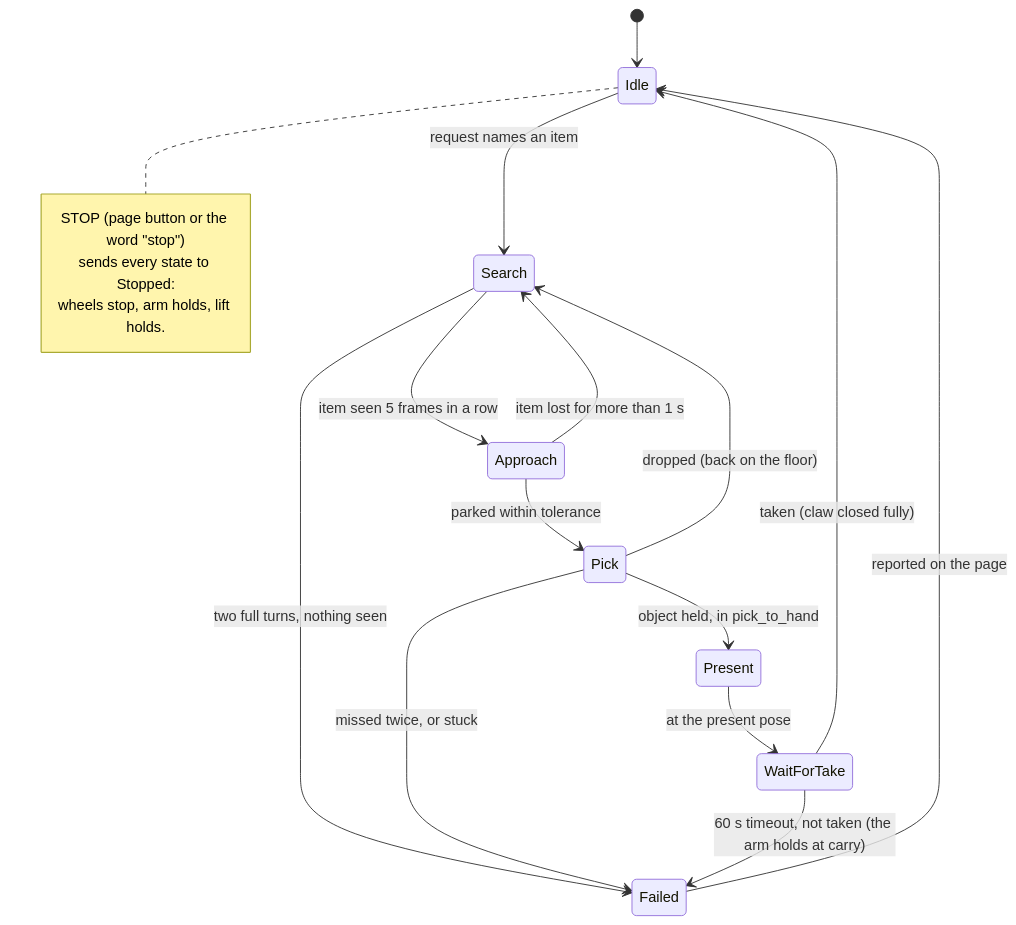
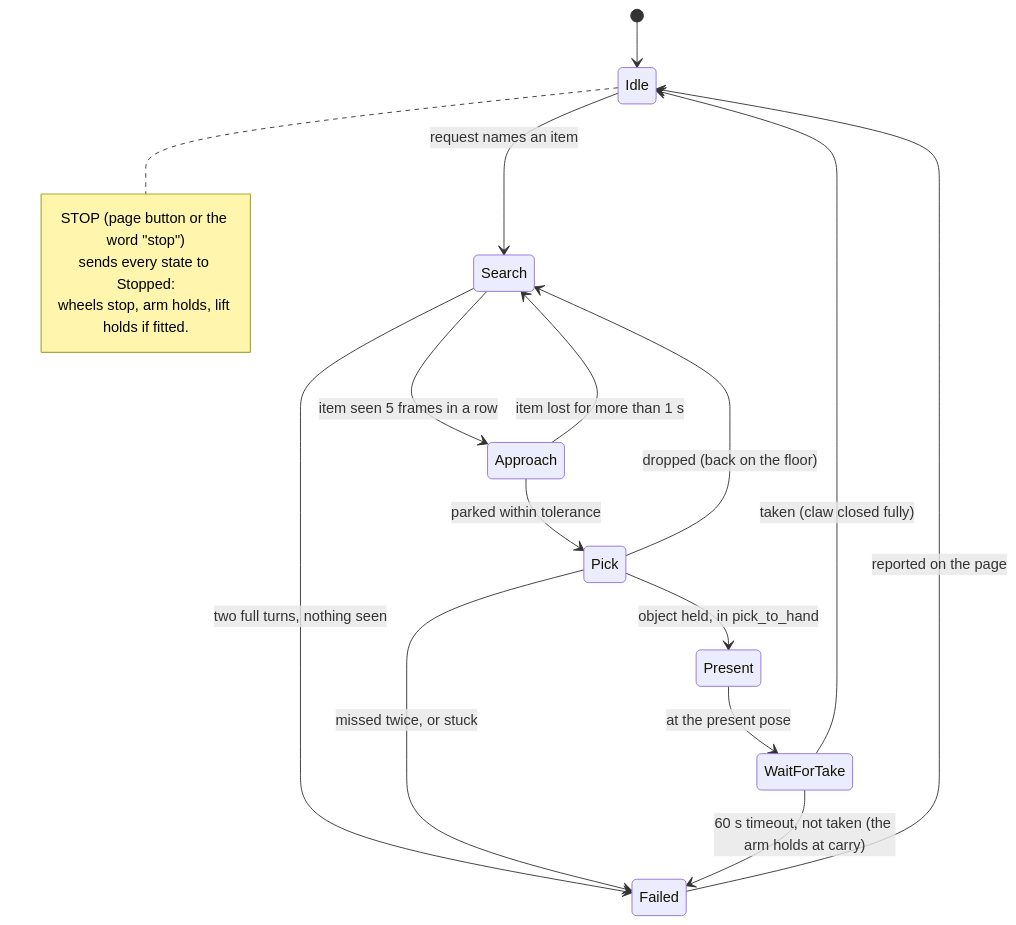
Before and after one commit to aarooshpravici/AutoPick-CalHacks: the ninth of 12 diagrams in plan.md, drawn with Mermaid. The commit also changed other lines of this file, not shown here.

````diff
--- a/plan.md
+++ b/plan.md
@@ -653,21 +656,21 @@
 ```mermaid
 stateDiagram-v2
     [*] --> Idle
     Idle --> Search: request names an item
     Search --> Approach: item seen 5 frames in a row
     Search --> Failed: two full turns, nothing seen
     Approach --> Search: item lost for more than 1 s
     Approach --> Pick: parked within tolerance
     Pick --> Present: object held, in pick_to_hand
     Pick --> Search: dropped (back on the floor)
     Pick --> Failed: missed twice, or stuck
     Present --> WaitForTake: at the present pose
     WaitForTake --> Idle: taken (claw closed fully)
     WaitForTake --> Failed: 60 s timeout, not taken (the arm holds at carry)
     Failed --> Idle: reported on the page
     note right of Idle
         STOP (page button or the word "stop")
         sends every state to Stopped:
-        wheels stop, arm holds, lift holds.
+        wheels stop, arm holds, lift holds if fitted.
     end note
 ```
````
